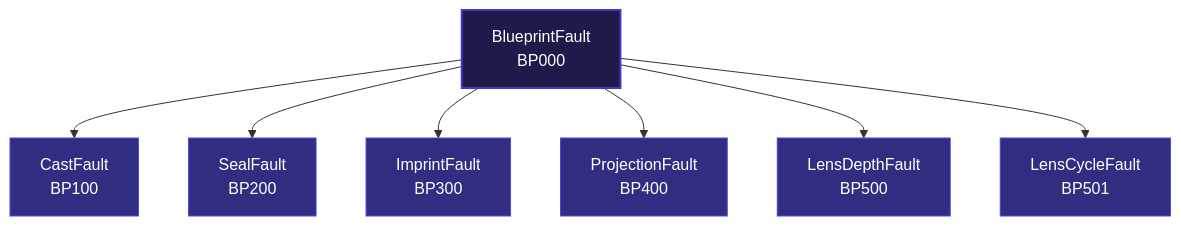
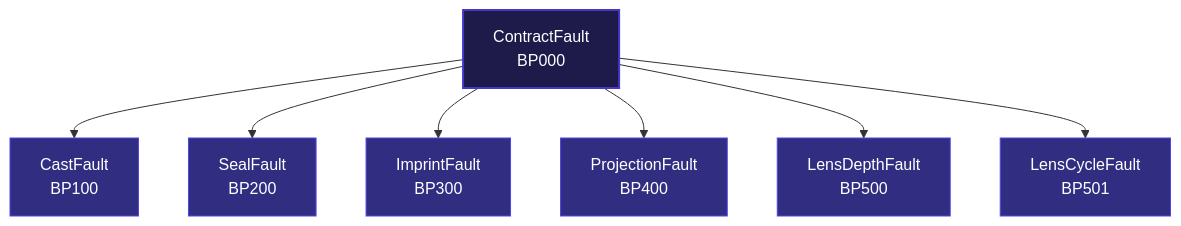
One commit to tubox-labs/Aquilia changed the third of 3 diagrams in docs/docs/blueprints/casting-sealing.md. Above: the diagram before and after it, drawn with Mermaid. The commit also changed other lines of this file and 62 other files, not shown here.

Commit message:
refactor(contracts): replace Blueprint→Contract in docs/ (Markdown)

````diff
--- a/docs/docs/blueprints/casting-sealing.md
+++ b/docs/docs/blueprints/casting-sealing.md
@@ -169,14 +169,14 @@
 ```mermaid
 graph TD
     classDef base fill:#1e1b4b,stroke:#4338ca,stroke-width:2px,color:#fff;
     classDef fault fill:#312e81,stroke:#4f46e5,stroke-width:1px,color:#fff;
 
-    BlueprintFault[BlueprintFault<br/>BP000]:::base
+    ContractFault[ContractFault<br/>BP000]:::base
     
-    BlueprintFault --> CastFault[CastFault<br/>BP100]:::fault
-    BlueprintFault --> SealFault[SealFault<br/>BP200]:::fault
-    BlueprintFault --> ImprintFault[ImprintFault<br/>BP300]:::fault
-    BlueprintFault --> ProjectionFault[ProjectionFault<br/>BP400]:::fault
-    BlueprintFault --> LensDepthFault[LensDepthFault<br/>BP500]:::fault
-    BlueprintFault --> LensCycleFault[LensCycleFault<br/>BP501]:::fault
+    ContractFault --> CastFault[CastFault<br/>BP100]:::fault
+    ContractFault --> SealFault[SealFault<br/>BP200]:::fault
+    ContractFault --> ImprintFault[ImprintFault<br/>BP300]:::fault
+    ContractFault --> ProjectionFault[ProjectionFault<br/>BP400]:::fault
+    ContractFault --> LensDepthFault[LensDepthFault<br/>BP500]:::fault
+    ContractFault --> LensCycleFault[LensCycleFault<br/>BP501]:::fault
 ```
````
